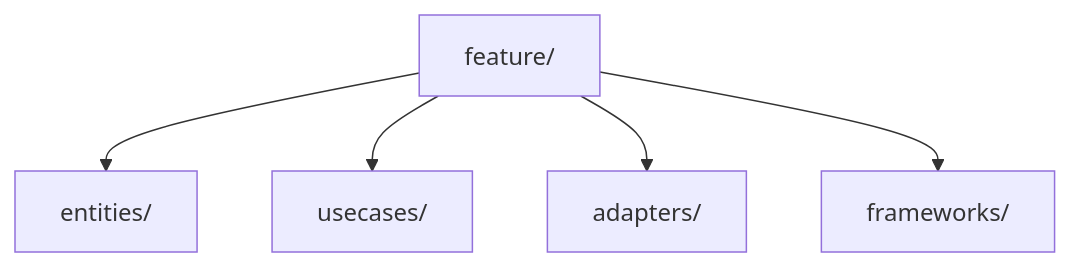
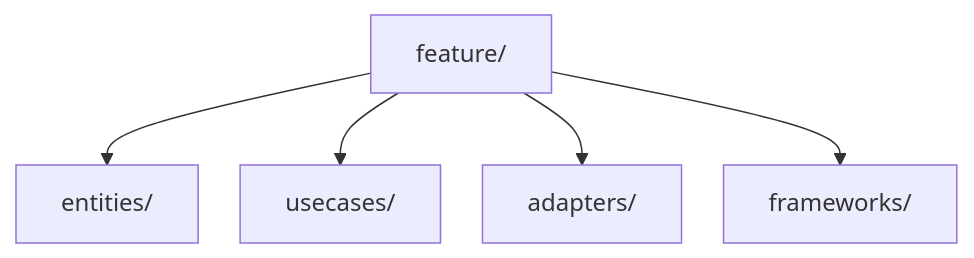
One commit to AndresTaoFlorez/software-architecture changed the second of 2 diagrams in architecture/styles/clean-architecture/7-scaling-and-patterns.md. Above: the diagram before and after it, drawn with Mermaid. The commit also changed other lines of this file and 79 other files, not shown here.

````diff
--- a/architecture/styles/clean-architecture/7-scaling-and-patterns.md
+++ b/architecture/styles/clean-architecture/7-scaling-and-patterns.md
@@ -40,12 +43,13 @@
 ```mermaid
+%%{init: {"htmlLabels": false, "flowchart": {"htmlLabels": false, "nodeSpacing": 28, "rankSpacing": 48, "diagramPadding": 20, "wrappingWidth": 280}, "sequence": {"wrap": true, "diagramMarginX": 20, "diagramMarginY": 20}}}%%
 flowchart TD
     N0["feature/"]
     N1["entities/"]
     N2["usecases/"]
     N3["adapters/"]
     N4["frameworks/"]
     N0 --> N1
     N0 --> N2
     N0 --> N3
     N0 --> N4
 ```
````
